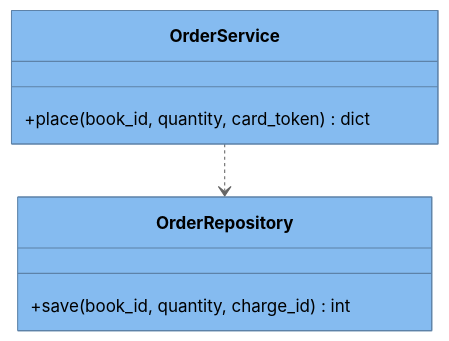
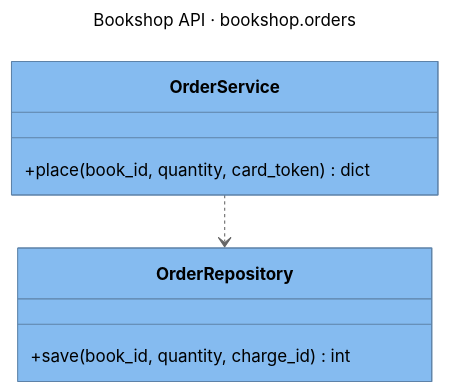
One commit to ythalorossy/architecture-skills changed the fifth of 8 diagrams in examples/bookshop/ArchitectureReport.md. Above: the diagram before and after it, drawn with Mermaid (neutral theme). The commit also changed other lines of this file and 56 other files, not shown here.

First line of the commit message:
feat(c4): title every diagram and add one Key to the report

````diff
--- a/examples/bookshop/ArchitectureReport.md
+++ b/examples/bookshop/ArchitectureReport.md
@@ -205,18 +232,19 @@
 ```mermaid
 ---
+title: "Bookshop API · bookshop.orders"
 config:
   class:
     hideEmptyMembersBox: true
 ---
 classDiagram
     direction TB
     class OrderService {
         +place(book_id, quantity, card_token) dict
     }
     class OrderRepository {
         +save(book_id, quantity, charge_id) int
     }
     OrderService ..> OrderRepository
     style OrderService fill:#85bbf0,stroke:#5d82a8,color:#000000
     style OrderRepository fill:#85bbf0,stroke:#5d82a8,color:#000000
 ```
````
